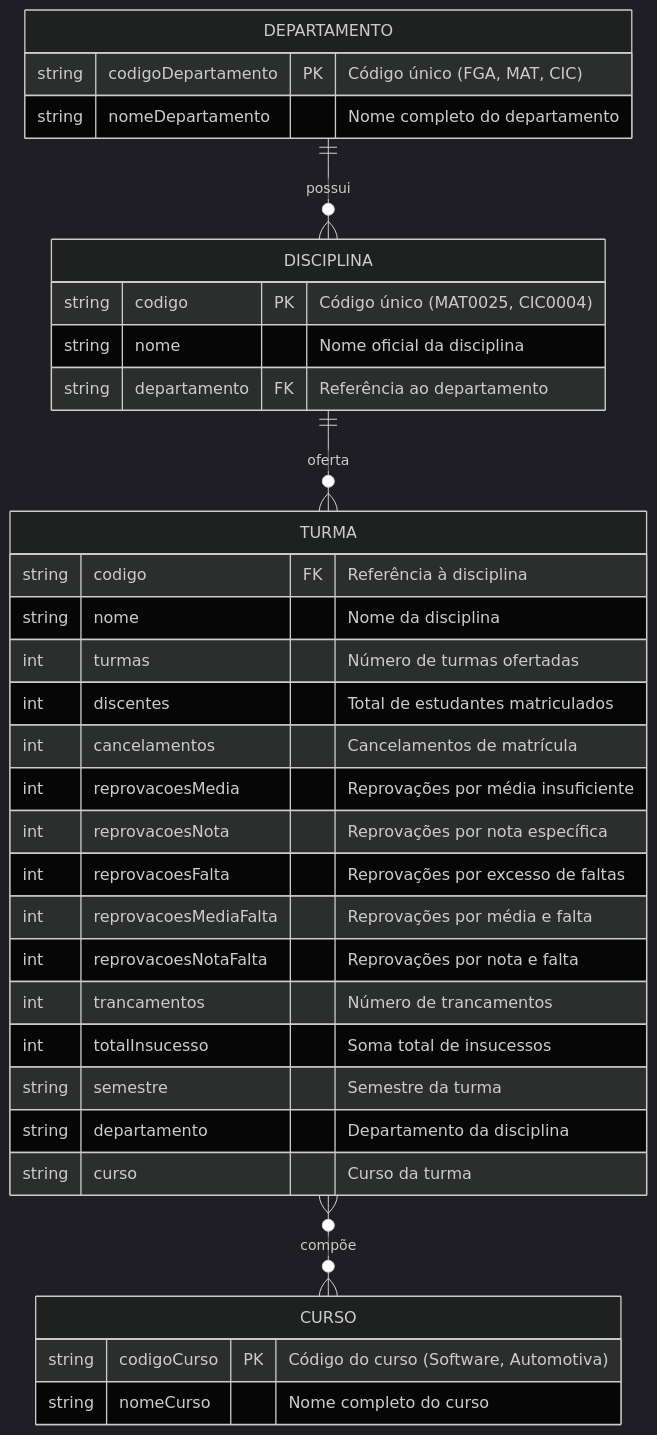
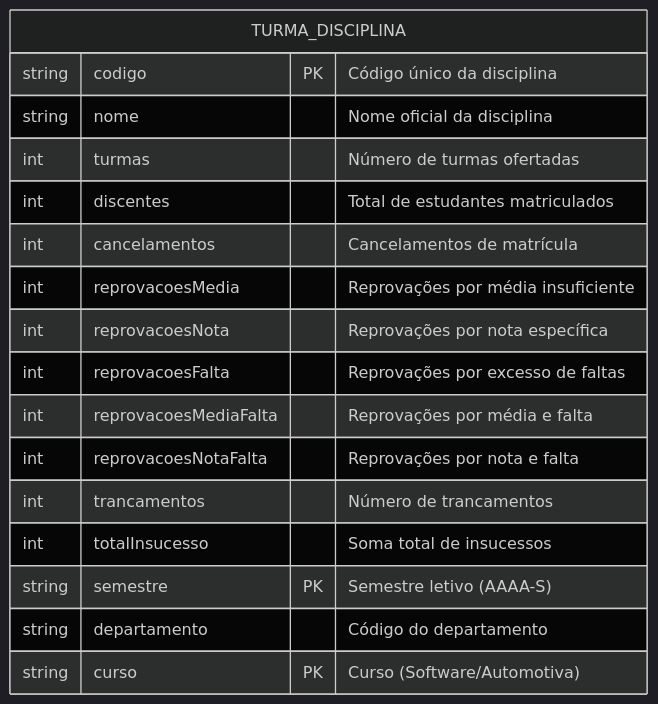
One commit to diogjunior100/unb-fcte-data-journey changed the diagram in Data-Layer/silver/modelo-entidade-relacionamento.md. Above: the diagram before and after it, drawn with Mermaid (dark theme). The commit also changed other lines of this file and 26 other files, not shown here.

````diff
--- a/Data-Layer/silver/modelo-entidade-relacionamento.md
+++ b/Data-Layer/silver/modelo-entidade-relacionamento.md
@@ -56,40 +102,20 @@
 ```mermaid
 erDiagram
-    DEPARTAMENTO {
-        string codigoDepartamento PK "Código único (FGA, MAT, CIC)"
-        string nomeDepartamento "Nome completo do departamento"
-    }
-    
-    DISCIPLINA {
-        string codigo PK "Código único (MAT0025, CIC0004)"
+    TURMA_DISCIPLINA {
+        string codigo PK "Código único da disciplina"
         string nome "Nome oficial da disciplina"
-        string departamento FK "Referência ao departamento"
-    }
-    
-    CURSO {
-        string codigoCurso PK "Código do curso (Software, Automotiva)"
-        string nomeCurso "Nome completo do curso"
-    }
-    
-    TURMA {
-        string codigo FK "Referência à disciplina"
-        string nome "Nome da disciplina"
         int turmas "Número de turmas ofertadas"
         int discentes "Total de estudantes matriculados"
         int cancelamentos "Cancelamentos de matrícula"
         int reprovacoesMedia "Reprovações por média insuficiente"
         int reprovacoesNota "Reprovações por nota específica"
         int reprovacoesFalta "Reprovações por excesso de faltas"
         int reprovacoesMediaFalta "Reprovações por média e falta"
         int reprovacoesNotaFalta "Reprovações por nota e falta"
         int trancamentos "Número de trancamentos"
         int totalInsucesso "Soma total de insucessos"
-        string semestre "Semestre da turma"
-        string departamento "Departamento da disciplina"
-        string curso "Curso da turma"
+        string semestre PK "Semestre letivo (AAAA-S)"
+        string departamento "Código do departamento"
+        string curso PK "Curso (Software/Automotiva)"
     }
-    
-    DEPARTAMENTO ||--o{ DISCIPLINA : "possui"
-    DISCIPLINA ||--o{ TURMA : "oferta"
-    TURMA }o--o{ CURSO : "compõe"
 ```
````
